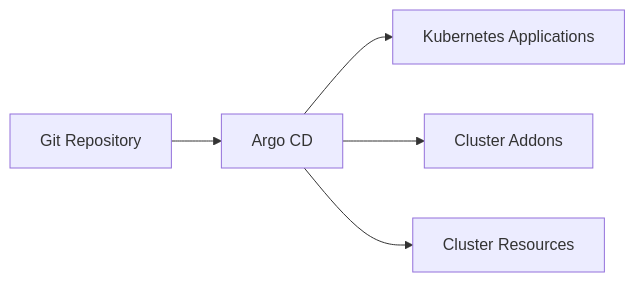
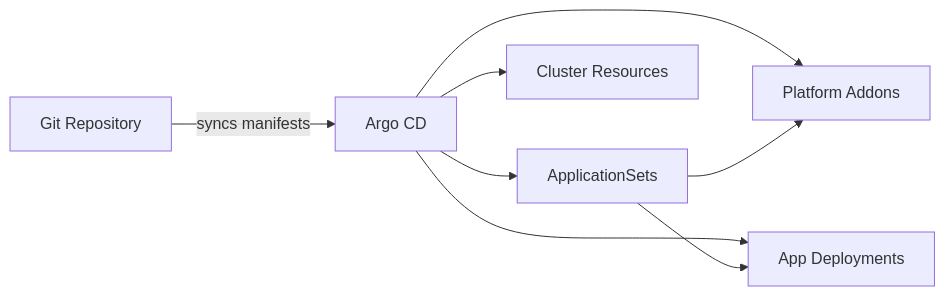
One commit to roib20/homelab-as-code changed the diagram in docs/explanation/architecture-overview.md. Above: the diagram before and after it, drawn with Mermaid. The commit also changed 9 other files, not shown here.

````diff
--- a/docs/explanation/architecture-overview.md
+++ b/docs/explanation/architecture-overview.md
@@ -20,7 +20,10 @@
 ```mermaid
 flowchart LR
-  Git[Git Repository] --> ArgoCD[Argo CD]
-  ArgoCD --> Apps[Kubernetes Applications]
-  ArgoCD --> Addons[Cluster Addons]
+  Repo[Git Repository] -->|syncs manifests| ArgoCD[Argo CD]
+  ArgoCD --> AppSets[ApplicationSets]
+  ArgoCD --> Addons[Platform Addons]
+  ArgoCD --> Apps[App Deployments]
   ArgoCD --> Resources[Cluster Resources]
+  AppSets --> Addons
+  AppSets --> Apps
 ```
````
